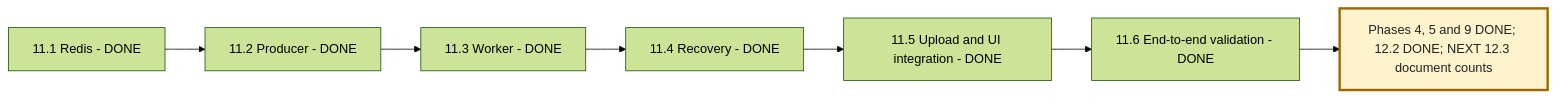
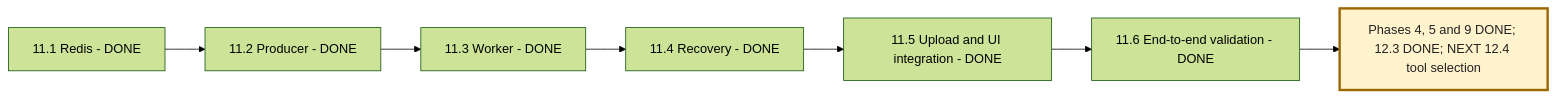
The third of 4 diagrams in NEXAAI_ROADMAP.md (msdian0007/nexaAi), drawn with Mermaid (forest theme) before and after one commit. The commit also changed other lines of this file and 5 other files, not shown here.

````diff
--- a/NEXAAI_ROADMAP.md
+++ b/NEXAAI_ROADMAP.md
@@ -257,10 +257,10 @@
 ```mermaid
 flowchart LR
     A[11.1 Redis - DONE] --> B[11.2 Producer - DONE]
     B --> C[11.3 Worker - DONE]
     C --> D[11.4 Recovery - DONE]
     D --> E[11.5 Upload and UI integration - DONE]
     E --> F[11.6 End-to-end validation - DONE]
-    F --> G[Phases 4, 5 and 9 DONE; 12.2 DONE; NEXT 12.3 document counts]
+    F --> G[Phases 4, 5 and 9 DONE; 12.3 DONE; NEXT 12.4 tool selection]
     style G fill:#fff3cd,stroke:#9a6700,stroke-width:3px,color:#222
 ```
````
